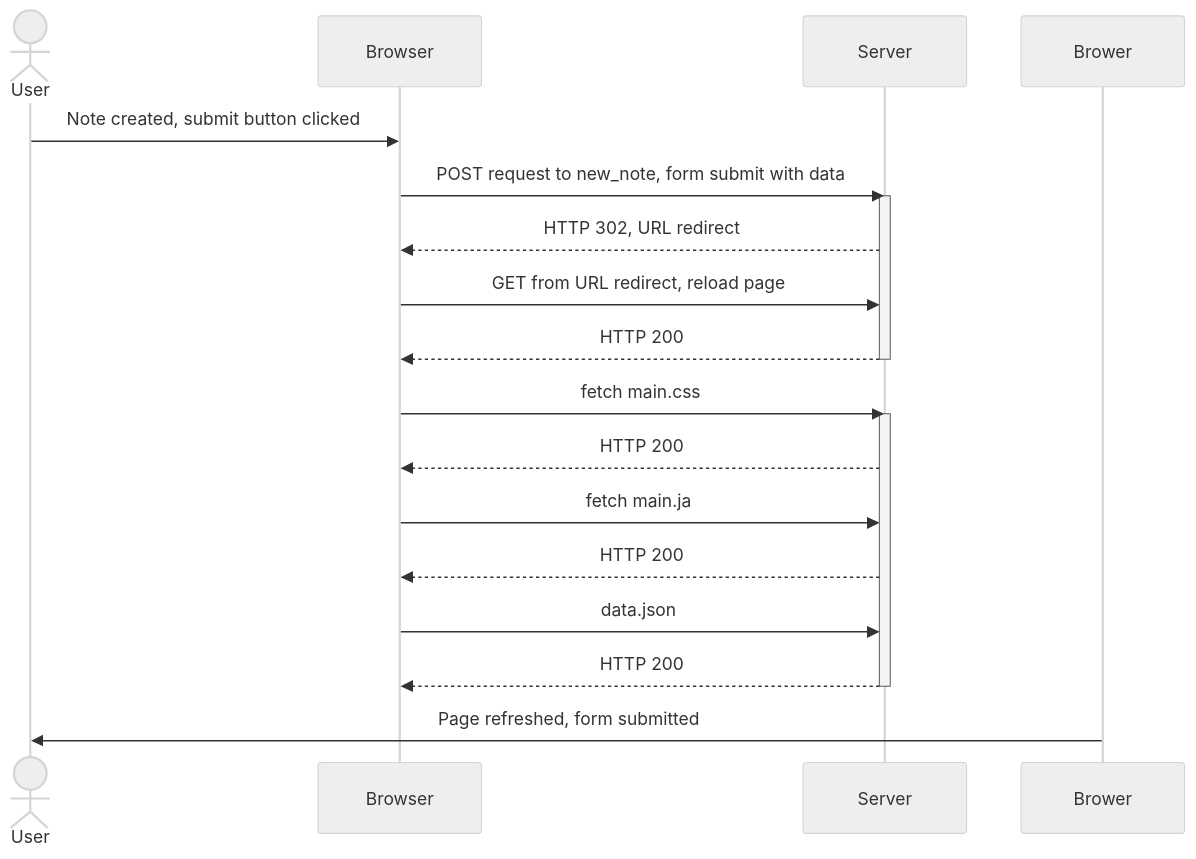
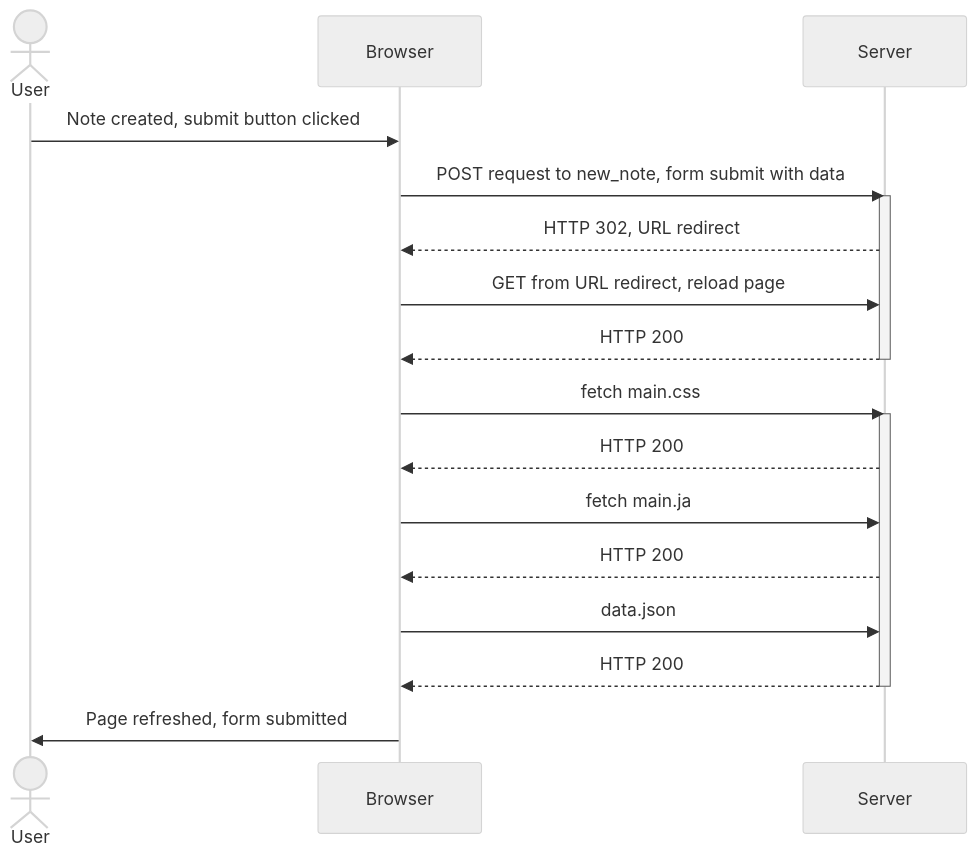
One commit to HDBarton/FullStackOpen changed the diagram in part0/4.NewNoteDiagram.md. Above: the diagram before and after it, drawn with Mermaid (neutral theme).

Commit message:
Fix misspelling

````diff
--- a/part0/4.NewNoteDiagram.md
+++ b/part0/4.NewNoteDiagram.md
@@ -1,26 +1,26 @@
 ```mermaid
 
 sequenceDiagram
 actor User
 participant Browser
 participant Server
 
 User->>Browser: Note created, submit button clicked
 Browser->>Server: POST request to new_note, form submit with data
 activate Server
 Server-->>Browser: HTTP 302, URL redirect
 Browser->>Server: GET from URL redirect, reload page
 Server-->>Browser: HTTP 200
 deactivate Server
 
 Browser->>Server: fetch main.css
 activate Server
 Server-->>Browser: HTTP 200
 Browser->>Server: fetch main.ja
 Server-->>Browser: HTTP 200
 Browser->>Server: data.json
 Server-->>Browser: HTTP 200
 deactivate Server
 
-Brower->>User: Page refreshed, form submitted
+Browser->>User: Page refreshed, form submitted
 ```
````
